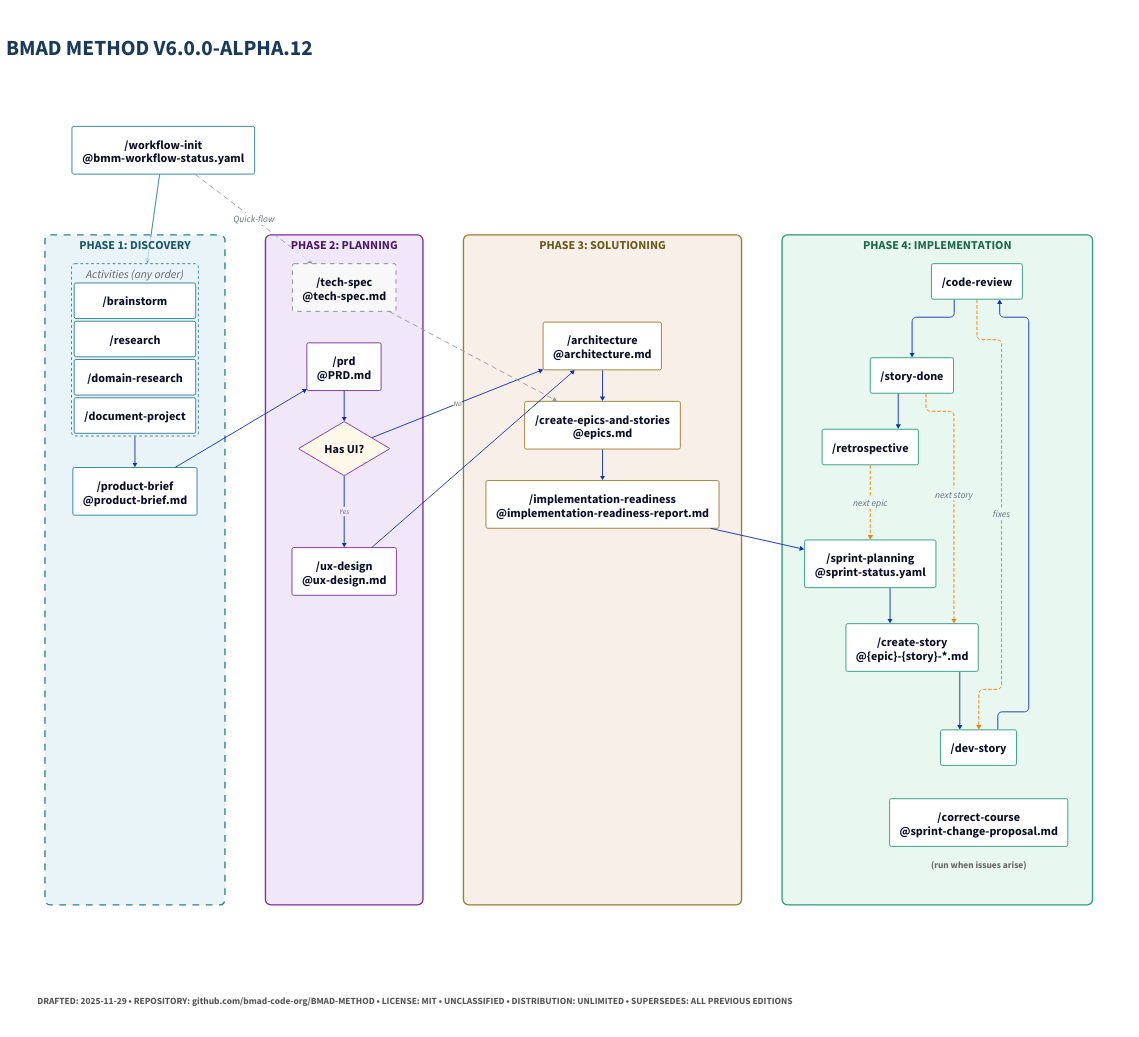
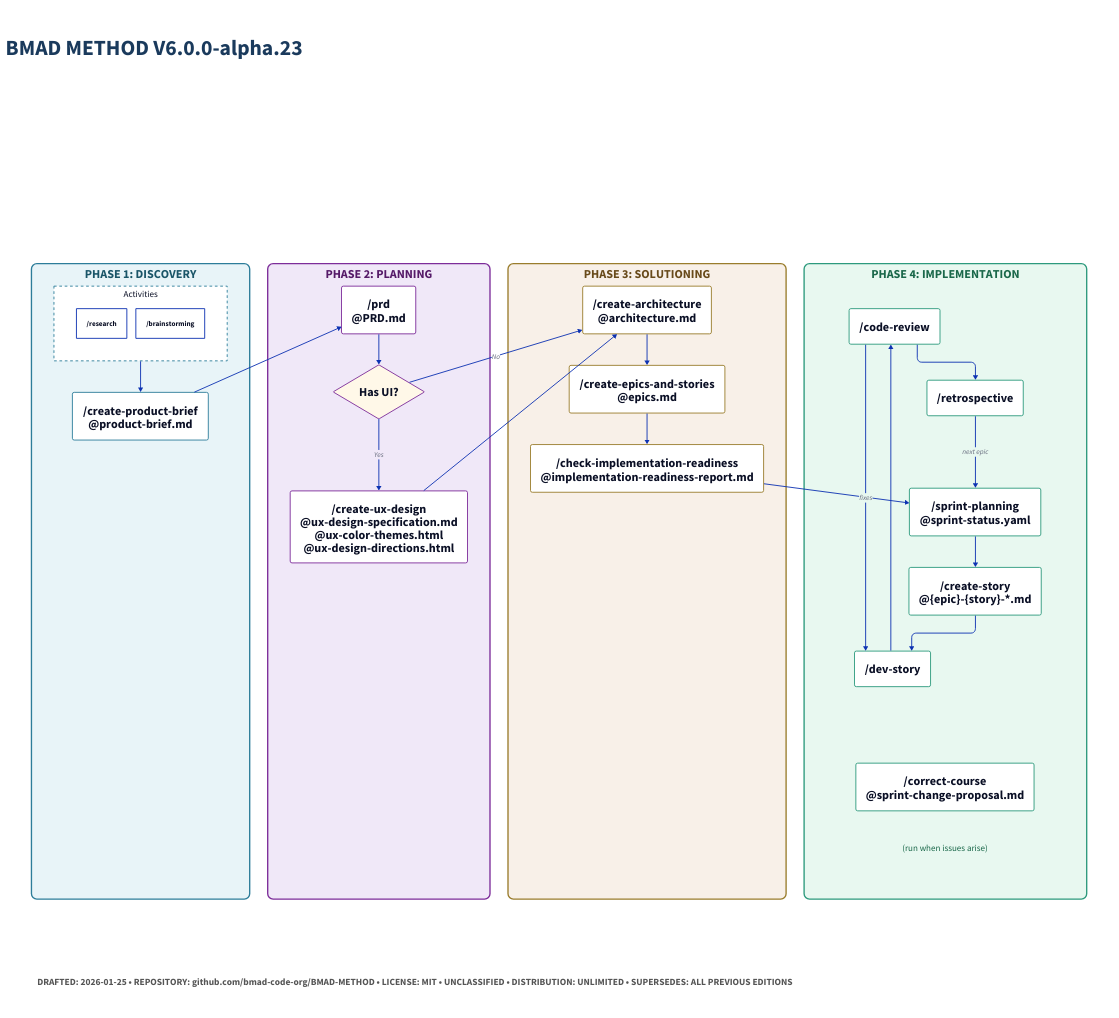
Before and after one commit to alexeyv/BMAD-METHOD: the diagram in tools/diagrams/bmm-workflow.d2, drawn with D2. The commit also changed 4 other files, not shown here.

First line of the commit message:
feat(diagrams): add Excalidraw generation for BMM workflow diagram

```diff
--- a/tools/diagrams/bmm-workflow.d2
+++ b/tools/diagrams/bmm-workflow.d2
@@ -5,7 +5,7 @@
 grid-columns: 1
 grid-gap: 20
 
-# Title row - left aligned via grid
+# Row 1: Title (Left aligned)
 title-row: "" {
   style.fill: transparent
   style.stroke: transparent
@@ -13,7 +13,7 @@
   grid-columns: 1
   horizontal-gap: 0
 
-  title: "BMAD METHOD V6.0.0-ALPHA.12" {
+  title: "BMAD METHOD V6.0.0-alpha.23" {
     style.fill: transparent
     style.stroke: transparent
     style.font-size: 48
@@ -23,12 +23,174 @@
   }
 }
 
-# Legend - positioned near title-row (handled by inject-legend.py post-processor)
-
-
 vars: {
   d2-config: {
     layout-engine: elk
+  }
+}
+
+# Row 2: Legend Placeholder
+legend-row: "" {
+  style.fill: transparent
+  style.stroke: transparent
+  height: 250
+  width: 1200
+  grid-rows: 1
+  grid-columns: 1
+}
+
+# Row 3: Lanes container
+lanes: "" {
+    grid-columns: 4
+    style.stroke: transparent
+    style.fill: transparent
+    
+    # Phase 1
+    phase1-box: "PHASE 1: DISCOVERY" {
+        class: phase1-box
+        
+        Activities: {
+            style: {
+                fill: "#fff"
+                stroke: "#2d7d9a"
+                stroke-dash: 3
+            }
+            /research
+            /brainstorming
+        }
+        
+        /create-product-brief: {
+            label: "/create-product-brief\n@product-brief.md"
+            class: n1
+        }
+        
+        Activities -> /create-product-brief
+    }
+
+    # Phase 2
+    phase2-box: "PHASE 2: PLANNING" {
+        class: phase2-box
+        
+        /prd: {
+            label: "/prd\n@PRD.md"
+            class: n2
+        }
+        
+        decision: "Has UI?" {
+            class: decision
+        }
+        
+        /create-ux-design: {
+            label: "/create-ux-design\n@ux-design-specification.md\n@ux-color-themes.html\n@ux-design-directions.html"
+             class: n2
+        }
+
+        /prd -> decision
+        decision -> /create-ux-design: Yes
+    }
+    
+    # Phase 3
+    phase3-box: "PHASE 3: SOLUTIONING" {
+         class: phase3-box
+         
+         /create-architecture: {
+             label: "/create-architecture\n@architecture.md"
+             class: n3
+         }
+         
+         /create-epics-and-stories: {
+             label: "/create-epics-and-stories\n@epics.md"
+             class: n3
+         }
+         
+         /check-implementation-readiness: {
+             label: "/check-implementation-readiness\n@implementation-readiness-report.md"
+             class: n3
+         }
+         
+         /create-architecture -> /create-epics-and-stories
+         /create-epics-and-stories -> /check-implementation-readiness
+    }
+    
+    # Phase 4
+    phase4-box: "PHASE 4: IMPLEMENTATION" {
+        class: phase4-box
+        # grid-rows removed to allow connection-based layout
+        
+        cycle: "" {
+            style.fill: transparent
+            style.stroke: transparent
+            
+            /sprint-planning: {
+                 label: "/sprint-planning\n@sprint-status.yaml"
+                 class: n4
+            }
+            
+            /create-story: {
+                 label: "/create-story\n@{epic}-{story}-*.md"
+                 class: n4
+            }
+            
+            /dev-story: {
+                 class: n4
+            }
+            
+            /code-review: {
+                 class: n4
+            }
+            
+            /retrospective: {
+                 class: n4
+            }
+            
+            /sprint-planning -> /create-story
+            /create-story -> /dev-story
+            /dev-story -> /code-review
+            /code-review -> /dev-story: fixes
+            /code-review -> /retrospective
+            /retrospective -> /sprint-planning: next epic
+        }
+        
+        correction_container: "" {
+            style.fill: transparent
+            style.stroke: transparent
+            
+            /correct-course: {
+                 label: "/correct-course\n@sprint-change-proposal.md"
+                 class: n4
+            }
+            
+            remark: "(run when issues arise)" {
+                shape: text
+                style.font-size: 20
+                style.font-color: "#1a684a"
+            }
+            
+            /correct-course -> remark: {style.stroke: transparent}
+        }
+        
+        cycle -> correction_container: {style.stroke: transparent}
+    }
+
+    # Connections between phases
+    phase1-box./create-product-brief -> phase2-box./prd
+    phase2-box.decision -> phase3-box./create-architecture: No
+    phase2-box./create-ux-design -> phase3-box./create-architecture
+    phase3-box./check-implementation-readiness -> phase4-box.cycle./sprint-planning
+
+}
+
+# Row 4: Footer
+footer-row: "" {
+  style.fill: transparent
+  style.stroke: transparent
+  footer: "DRAFTED: 2026-01-25 • REPOSITORY: github.com/bmad-code-org/BMAD-METHOD • LICENSE: MIT • UNCLASSIFIED • DISTRIBUTION: UNLIMITED • SUPERSEDES: ALL PREVIOUS EDITIONS" {
+    style.fill: transparent
+    style.stroke: transparent
+    style.font-size: 21
+    style.font-color: "#555"
+    style.italic: true
+    label.near: bottom-left
   }
 }
 
@@ -52,7 +214,7 @@
       border-radius: 12
       font-size: 27
       bold: true
-      font-color: "#4a1a68"
+      font-color: "#551a68"
     }
   }
   phase3-box: {
@@ -63,7 +225,7 @@
       border-radius: 12
       font-size: 27
       bold: true
-      font-color: "#685a1a"
+      font-color: "#684a1a"
     }
   }
   phase4-box: {
@@ -77,17 +239,7 @@
       font-color: "#1a684a"
     }
   }
-  entry: {
-    style: {
-      fill: "#333"
-      stroke: "#111"
-      stroke-width: 2
-      border-radius: 8
-      font-size: 27
-      font-color: "#fff"
-      bold: true
-    }
-  }
+  
   n1: {
     style: {
       fill: "#fff"
@@ -124,6 +276,7 @@
       font-size: 27
     }
   }
+  
   decision: {
     shape: diamond
     style: {
@@ -133,176 +286,4 @@
       font-size: 27
     }
   }
-  opt: {
-    style: {
-      fill: "#f8f8f8"
-      stroke: "#888"
-      stroke-width: 2
-      stroke-dash: 5
-      border-radius: 4
-      font-size: 27
-    }
-  }
 }
-
-# Entry point row - positioned above border between Phase 1 and 2
-init-row: "" {
-  style.fill: transparent
-  style.stroke: transparent
-
-  grid-rows: 1
-  grid-columns: 4
-  grid-gap: 25
-
-  spacer-left: "" { style.opacity: 0 }
-  init: "/workflow-init\n@bmm-workflow-status.yaml" { class: n1 }
-  spacer-right1: "" { style.opacity: 0 }
-  spacer-right2: "" { style.opacity: 0 }
-}
-
-# Lanes container (horizontal) - wider gaps for A4 landscape ratio
-lanes: "" {
-  style.fill: transparent
-  style.stroke: transparent
-
-  grid-rows: 1
-  grid-columns: 4
-  grid-gap: 90
-
-  # PHASE 1: DISCOVERY - activities in any order, ending with Product Brief
-  phase1: "PHASE 1: DISCOVERY\n " {
-    class: phase1-box
-    style.stroke-dash: 5
-    width: 400
-
-    # Group of parallel/unordered activities - stacked vertically
-    activities: "Activities (any order)" {
-      style.fill: "transparent"
-      style.stroke: "#2d7d9a"
-      style.stroke-dash: 3
-      style.font-size: 26
-      style.font-color: "#666"
-      style.italic: true
-      style.border-radius: 8
-
-      grid-rows: 4
-      grid-columns: 1
-      grid-gap: 6
-
-      brain: "/brainstorm" { class: n1 }
-      research: "/research" { class: n1 }
-      domain: "/domain-research" { class: n1 }
-      doc: "/document-project" { class: n1 }
-    }
-
-    brief: "/product-brief\n@product-brief.md" { class: n1 }
-
-    activities -> brief
-  }
-
-  # PHASE 2: PLANNING - no internal grid
-  phase2: "PHASE 2: PLANNING\n " {
-    class: phase2-box
-    width: 350
-
-    tech: "/tech-spec\n@tech-spec.md" { class: opt }
-    prd: "/prd\n@PRD.md" { class: n2 }
-    hasui: "Has UI?" { class: decision }
-    ux: "/ux-design\n@ux-design.md" { class: n2 }
-
-    # Force Tech Spec above PRD
-    tech -> prd: { style.opacity: 0 }
-    prd -> hasui
-    hasui -> ux: Yes
-  }
-
-  # PHASE 3: SOLUTIONING - no internal grid
-  phase3: "PHASE 3: SOLUTIONING\n " {
-    class: phase3-box
-    width: 400
-
-    # Invisible spacer to push content down
-    spacer: "" {
-      style.opacity: 0
-      height: 60
-    }
-    arch: "/architecture\n@architecture.md" { class: n3 }
-    epics: "/create-epics-and-stories\n@epics.md" { class: n3 }
-    impl: "/implementation-readiness\n@implementation-readiness-report.md" { class: n3 }
-
-    spacer -> arch: { style.opacity: 0 }
-    arch -> epics
-    epics -> impl
-  }
-
-  # PHASE 4: IMPLEMENTATION - no internal grid, let loops show
-  phase4: "PHASE 4: IMPLEMENTATION\n " {
-    class: phase4-box
-    width: 520
-
-    sprint: "/sprint-planning\n@sprint-status.yaml" { class: n4 }
-    create: "/create-story\n@{epic}-{story}-*.md" { class: n4 }
-    dev: "/dev-story" { class: n4 }
-    review: "/code-review" { class: n4 }
-    done: "/story-done" { class: n4 }
-    retro: "/retrospective" { class: n4 }
-
-    # Standalone utility - not connected to main flow, forced to bottom
-    course-container: "" {
-      style.fill: transparent
-      style.stroke: transparent
-      grid-rows: 2
-      grid-columns: 1
-      grid-gap: 4
-
-      course: "/correct-course\n@sprint-change-proposal.md" { class: n4 }
-      course-label: "(run when issues arise)" {
-        style.fill: transparent
-        style.stroke: transparent
-        style.font-size: 21
-        style.italic: true
-        style.font-color: "#666"
-      }
-    }
-    # Force course-container below dev (the lowest node in the flow)
-    dev -> course-container: { style.opacity: 0 }
-
-    # Main flow
-    sprint -> create
-    create -> dev
-    dev -> review
-    review -> done
-    done -> retro
-
-    # Feedback loops - these should now be visible
-    review -> dev: fixes { style.stroke-dash: 3; style.stroke: "#f57c00"; style.font-size: 21; style.italic: true }
-    done -> create: next story { style.stroke-dash: 3; style.stroke: "#f57c00"; style.font-size: 21; style.italic: true }
-    retro -> sprint: next epic { style.stroke-dash: 3; style.stroke: "#f57c00"; style.font-size: 21; style.italic: true }
-  }
-}
-
-# Entry to lanes
-init-row.init -> lanes.phase1.activities: { style.stroke: "#2d7d9a"; style.stroke-width: 2 }
-init-row.init -> lanes.phase2.tech: Quick-flow { style.stroke-dash: 5; style.stroke: "#999"; style.font-size: 21; style.italic: true }
-
-# Cross-phase flows
-lanes.phase1.brief -> lanes.phase2.prd
-lanes.phase2.hasui -> lanes.phase3.arch: No
-lanes.phase2.ux -> lanes.phase3.arch
-lanes.phase2.tech -> lanes.phase3.epics: { style.stroke-dash: 5; style.stroke: "#999" }
-lanes.phase3.impl -> lanes.phase4.sprint
-
-# Footer row
-footer-row: "" {
-  style.fill: transparent
-  style.stroke: transparent
-
-  footer: "DRAFTED: 2025-11-29 • REPOSITORY: github.com/bmad-code-org/BMAD-METHOD • LICENSE: MIT • UNCLASSIFIED • DISTRIBUTION: UNLIMITED • SUPERSEDES: ALL PREVIOUS EDITIONS" {
-    style.fill: transparent
-    style.stroke: transparent
-    style.font-size: 21
-    style.font-color: "#555"
-    style.italic: true
-    label.near: bottom-left
-  }
-}
```
